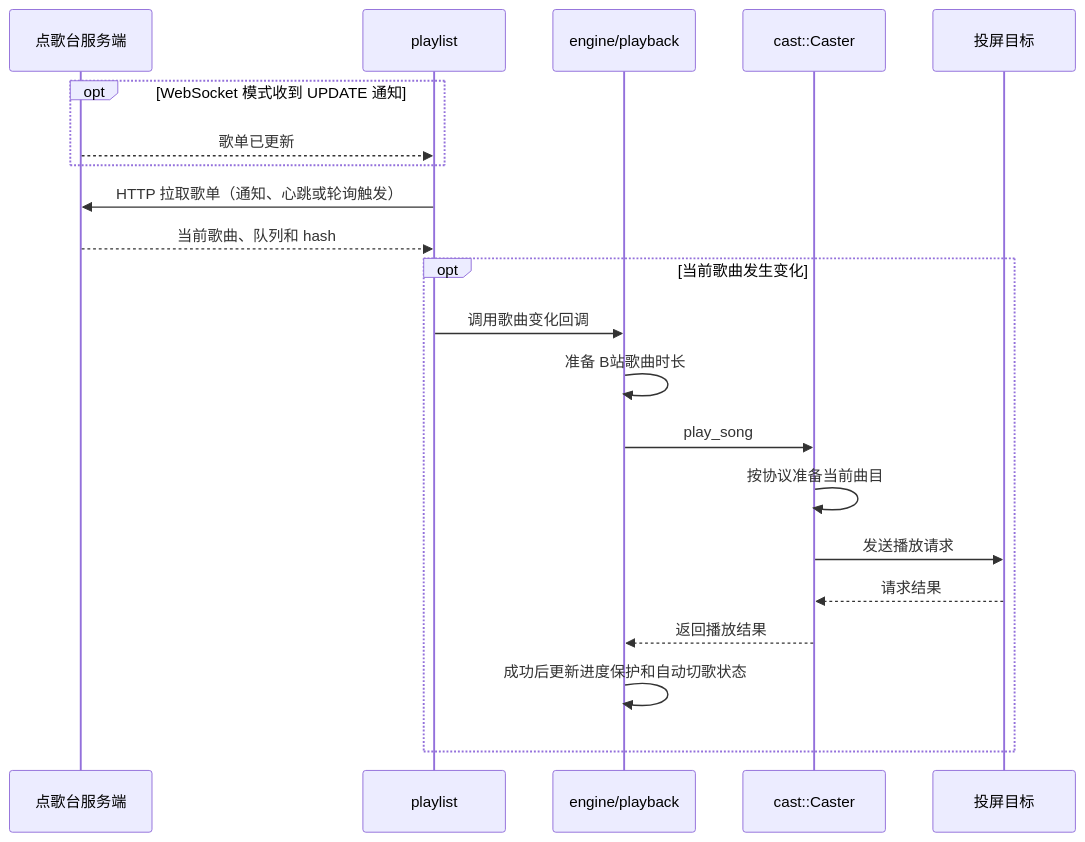
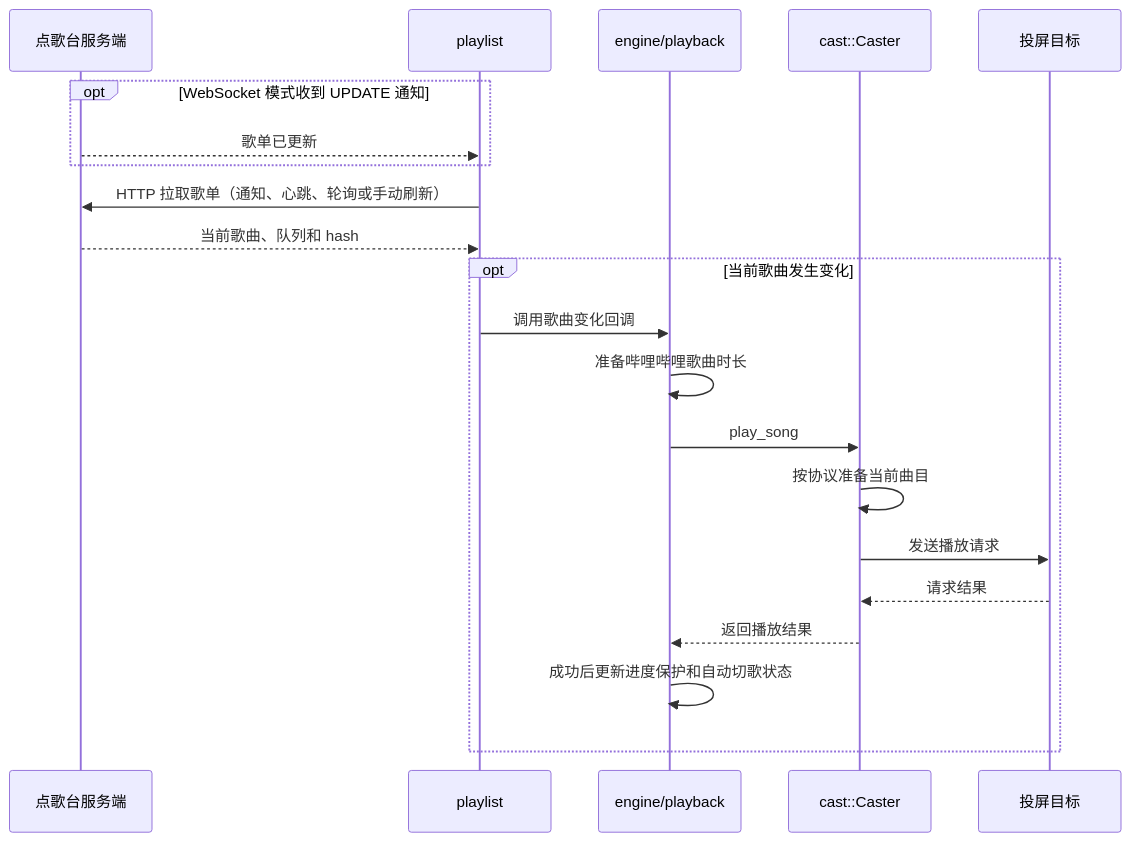
The first of 2 diagrams in karamas_core/DEVELOP.md (KARAOKE-MASTER-ZJU/karamas), drawn with Mermaid before and after one commit. The commit also changed other lines of this file and 1 other file, not shown here.

````diff
--- a/karamas_core/DEVELOP.md
+++ b/karamas_core/DEVELOP.md
@@ -9,24 +9,24 @@
 ```mermaid
 sequenceDiagram
     participant Room as 点歌台服务端
     participant Playlist as playlist
     participant Engine as engine/playback
     participant Caster as cast::Caster
     participant Target as 投屏目标
 
     opt WebSocket 模式收到 UPDATE 通知
         Room-->>Playlist: 歌单已更新
     end
-    Playlist->>Room: HTTP 拉取歌单（通知、心跳或轮询触发）
+    Playlist->>Room: HTTP 拉取歌单（通知、心跳、轮询或手动刷新）
     Room-->>Playlist: 当前歌曲、队列和 hash
     opt 当前歌曲发生变化
         Playlist->>Engine: 调用歌曲变化回调
-        Engine->>Engine: 准备 B站歌曲时长
+        Engine->>Engine: 准备哔哩哔哩歌曲时长
         Engine->>Caster: play_song
         Caster->>Caster: 按协议准备当前曲目
         Caster->>Target: 发送播放请求
         Target-->>Caster: 请求结果
         Caster-->>Engine: 返回播放结果
         Engine->>Engine: 成功后更新进度保护和自动切歌状态
     end
 ```
````
